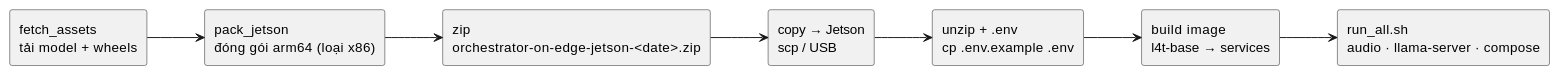
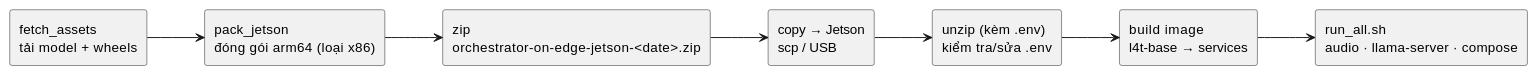
One commit to hminhphi/VoiceControl changed the third of 3 diagrams in docs/PIPELINE.md. Above: the diagram before and after it, drawn with PlantUML. The commit also changed 8 other files, not shown here.

````diff
--- a/docs/PIPELINE.md
+++ b/docs/PIPELINE.md
@@ -85,18 +85,18 @@
 ```plantuml
 @startuml Build - block diagram
 left to right direction
 rectangle "fetch_assets\ntải model + wheels" as A
 rectangle "pack_jetson\nđóng gói arm64 (loại x86)" as B
 rectangle "zip\norchestrator-on-edge-jetson-<date>.zip" as C
 rectangle "copy → Jetson\nscp / USB" as D
-rectangle "unzip + .env\ncp .env.example .env" as E
+rectangle "unzip (kèm .env)\nkiểm tra/sửa .env" as E
 rectangle "build image\nl4t-base → services" as F
 rectangle "run_all.sh\naudio · llama-server · compose" as G
 A --> B
 B --> C
 C --> D
 D --> E
 E --> F
 F --> G
 @enduml
 ```
````
